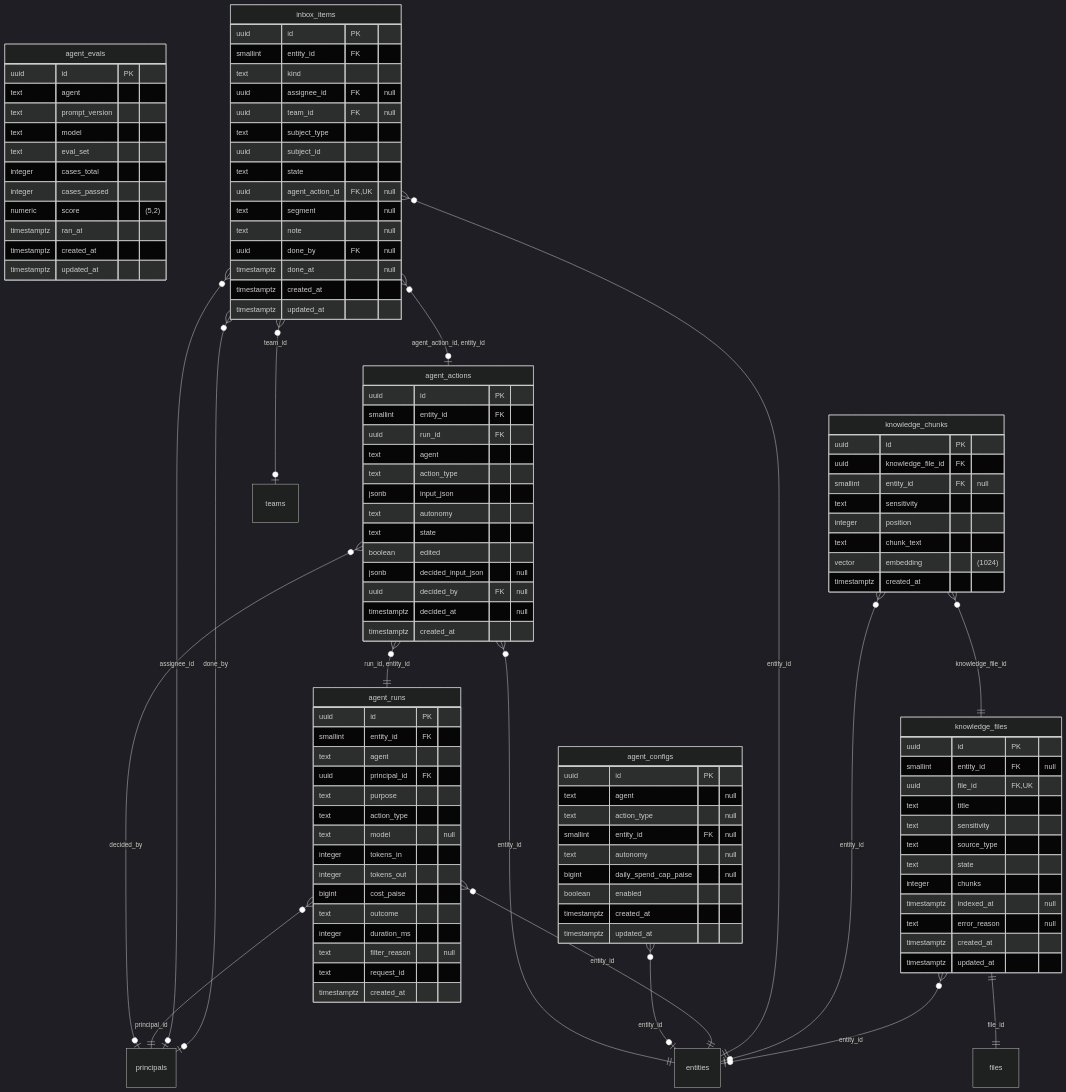
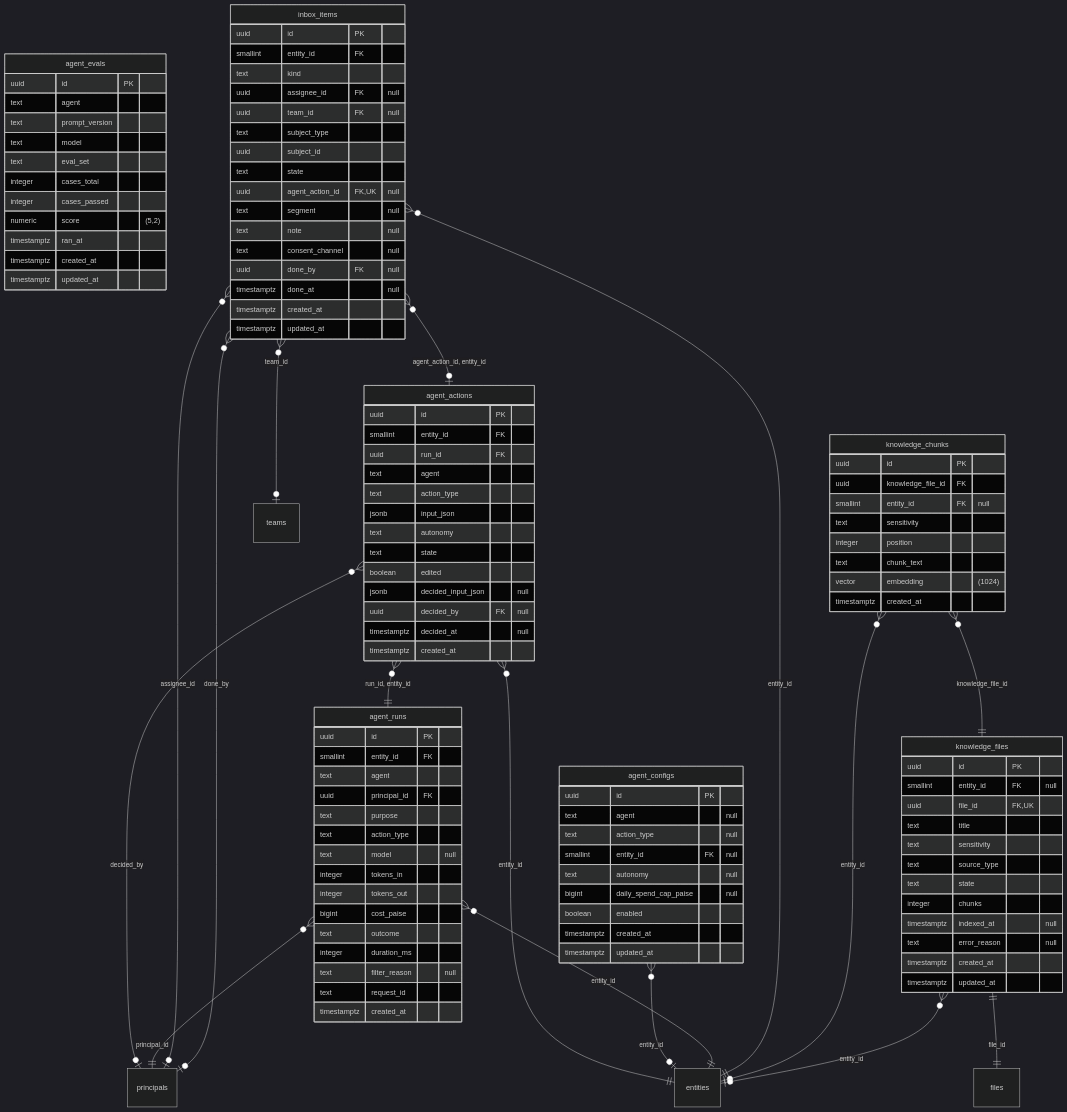
Before and after one commit to techaust/shakti_prime: the sixth of 16 diagrams in docs/data/erd.md, drawn with Mermaid (dark theme). The commit also changed other lines of this file and 4 other files, not shown here.

```diff
--- a/docs/data/erd.md
+++ b/docs/data/erd.md
@@ -959,6 +959,7 @@
     uuid agent_action_id FK, UK "null"
     text segment "null"
     text note "null"
+    text consent_channel "null"
     uuid done_by FK "null"
     timestamptz done_at "null"
     timestamptz created_at
```
